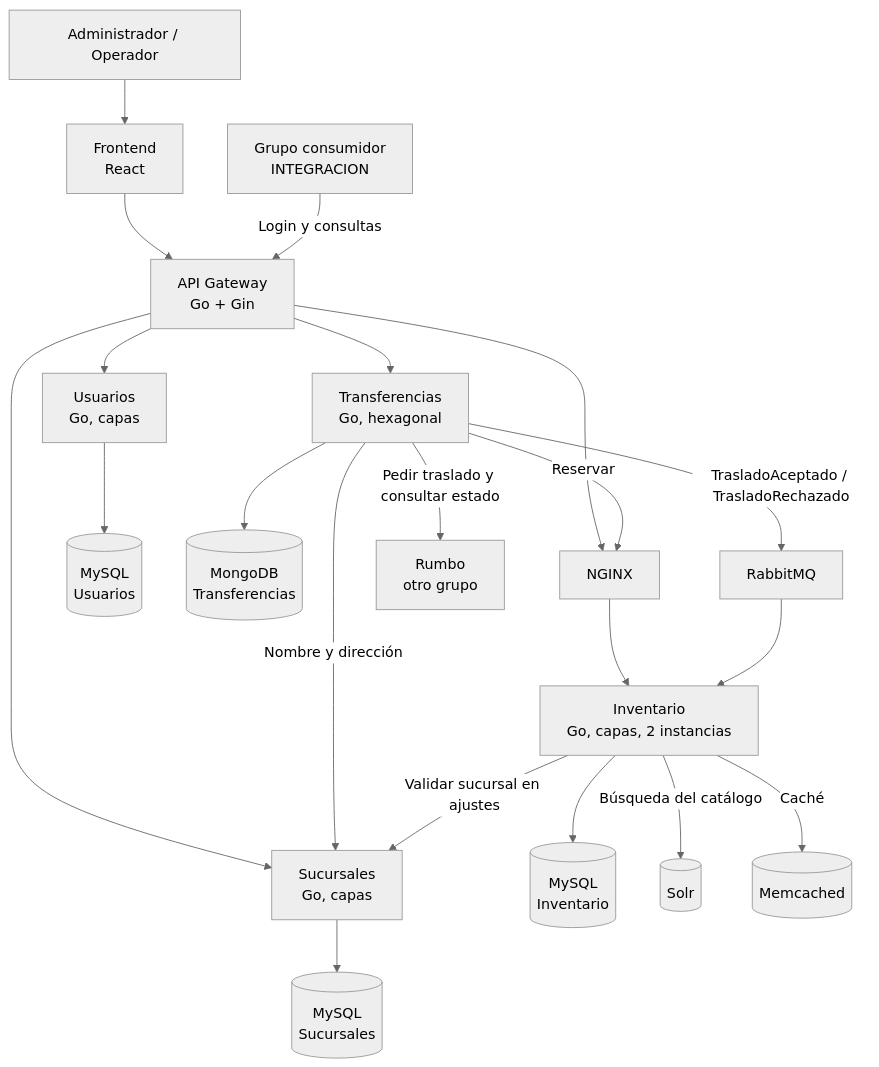
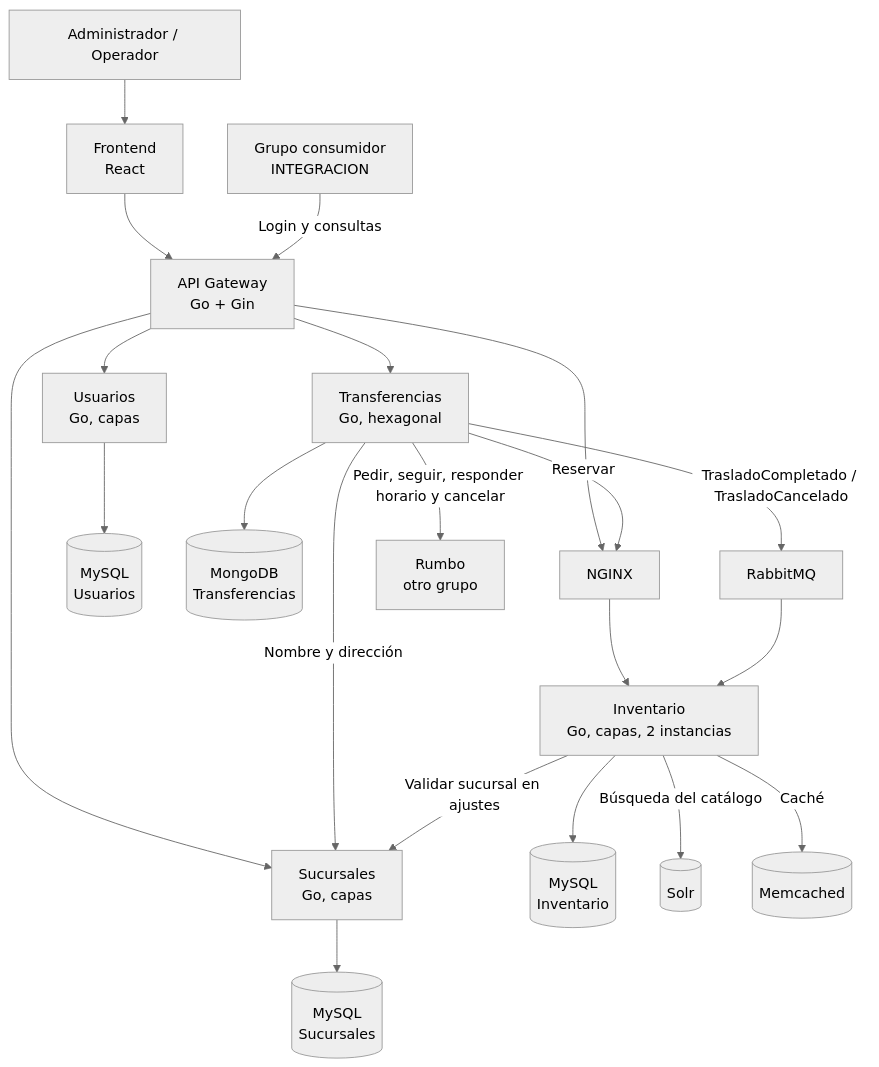
The diagram in docs/diagramas/contenedores.md (tomyvolo/Stock-Volcamelli), drawn with Mermaid (neutral theme) before and after one commit. The commit also changed 12 other files, not shown here.

````diff
--- a/docs/diagramas/contenedores.md
+++ b/docs/diagramas/contenedores.md
@@ -5,40 +5,40 @@
 ```mermaid
 flowchart TB
     U["Administrador / Operador"]
     C["Grupo consumidor<br/>INTEGRACION"]
     F["Frontend<br/>React"]
     G["API Gateway<br/>Go + Gin"]
     US["Usuarios<br/>Go, capas"]
     BS["Sucursales<br/>Go, capas"]
     TS["Transferencias<br/>Go, hexagonal"]
     N["NGINX"]
     I["Inventario<br/>Go, capas, 2 instancias"]
     DU[("MySQL<br/>Usuarios")]
     DB[("MySQL<br/>Sucursales")]
     DI[("MySQL<br/>Inventario")]
     DT[("MongoDB<br/>Transferencias")]
     Q["RabbitMQ"]
     S[("Solr")]
     M[("Memcached")]
     R["Rumbo<br/>otro grupo"]
 
     U --> F --> G
     C -->|"Login y consultas"| G
     G --> US
     G --> BS
     G --> TS
     G --> N
     N --> I
     US --> DU
     BS --> DB
     I --> DI
     TS --> DT
     TS -->|"Nombre y dirección"| BS
     TS -->|"Reservar"| N
     I -->|"Validar sucursal en ajustes"| BS
-    TS -->|"TrasladoAceptado / TrasladoRechazado"| Q
+    TS -->|"TrasladoCompletado / TrasladoCancelado"| Q
     Q --> I
     I -->|"Búsqueda del catálogo"| S
     I -->|"Caché"| M
-    TS -->|"Pedir traslado y consultar estado"| R
+    TS -->|"Pedir, seguir, responder horario y cancelar"| R
 ```
````
